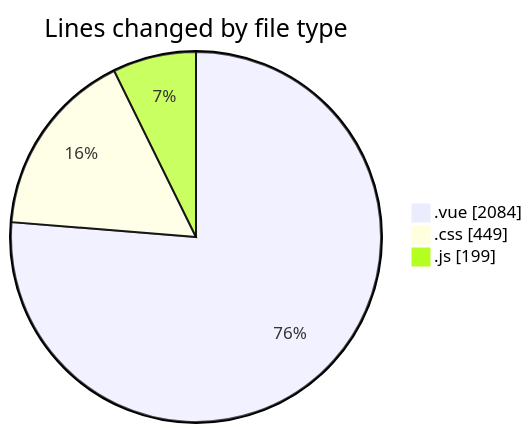
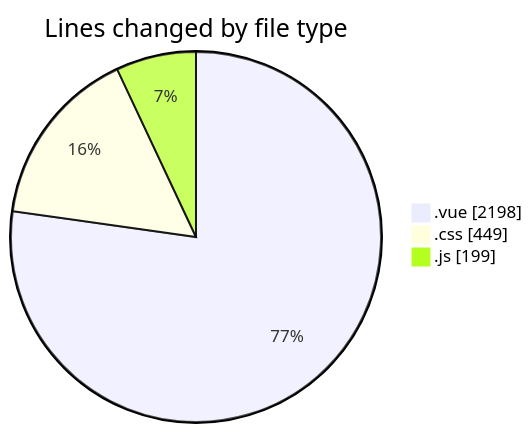
One commit to lephambinh05/code-tracking changed the first of 2 diagrams in 2025-08-10/rentotp/README.md. Above: the diagram before and after it, drawn with Mermaid. The commit also changed other lines of this file and 1 other file, not shown here.

````diff
--- a/2025-08-10/rentotp/README.md
+++ b/2025-08-10/rentotp/README.md
@@ -25,7 +25,7 @@
 ```mermaid
 pie showData
 title Lines changed by file type
-".vue" : 2084
+".vue" : 2198
 ".css" : 449
 ".js" : 199
 ```
````
